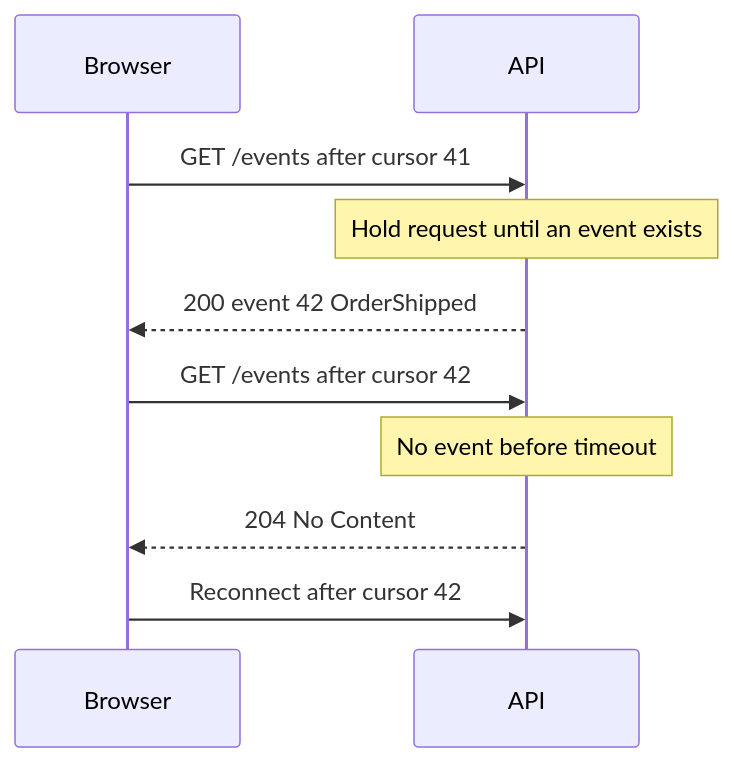
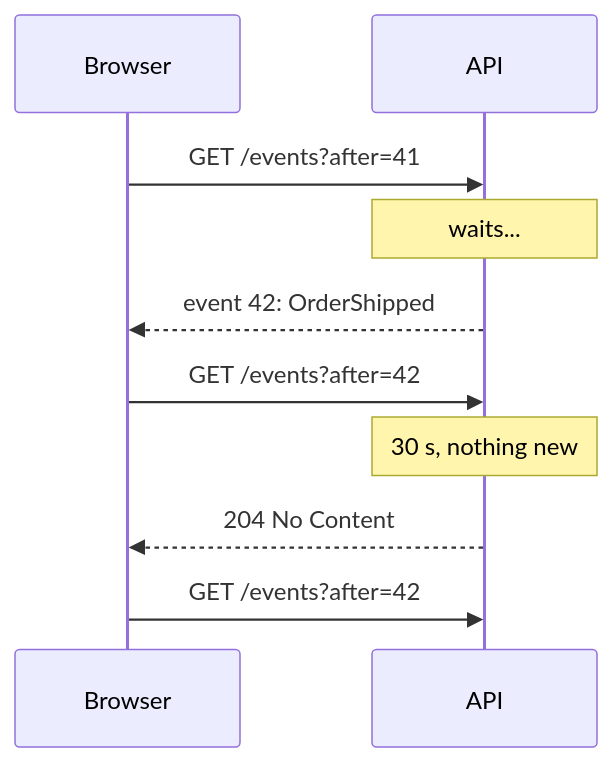
One commit to alanqi03/sys-design changed the second of 3 diagrams in connection-protocols/polling.md. Above: the diagram before and after it, drawn with Mermaid. The commit also changed other lines of this file and 6 other files, not shown here.

````diff
--- a/connection-protocols/polling.md
+++ b/connection-protocols/polling.md
@@ -87,12 +67,12 @@
 ```{mermaid}
 sequenceDiagram
   participant B as Browser
   participant A as API
-  B->>A: GET /events after cursor 41
-  Note over A: Hold request until an event exists
-  A-->>B: 200 event 42 OrderShipped
-  B->>A: GET /events after cursor 42
-  Note over A: No event before timeout
+  B->>A: GET /events?after=41
+  Note over A: waits...
+  A-->>B: event 42: OrderShipped
+  B->>A: GET /events?after=42
+  Note over A: 30 s, nothing new
   A-->>B: 204 No Content
-  B->>A: Reconnect after cursor 42
+  B->>A: GET /events?after=42
 ```
````
